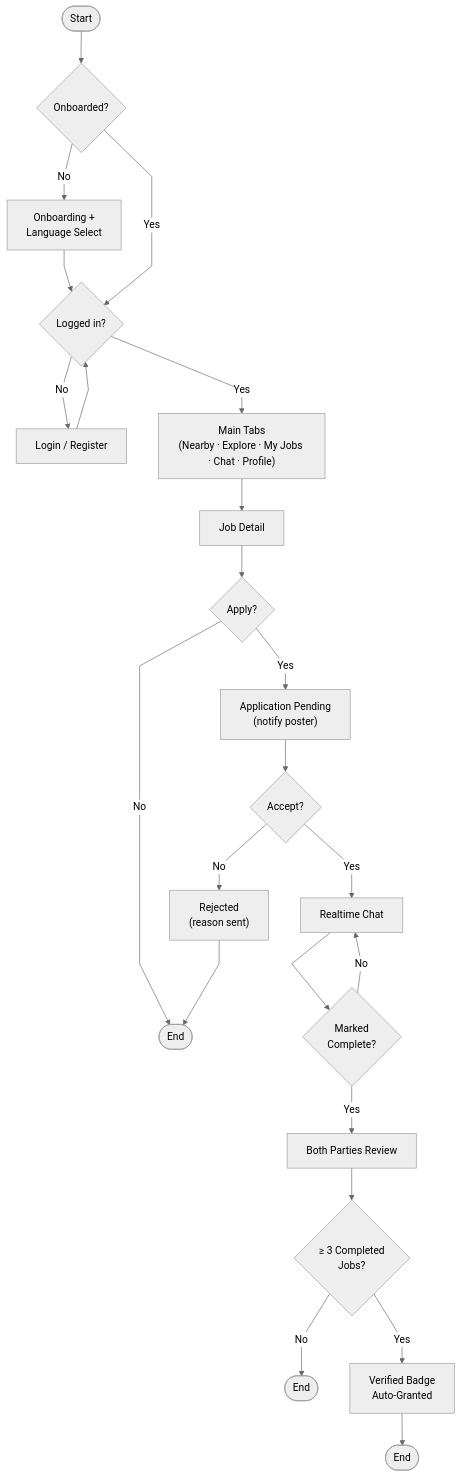
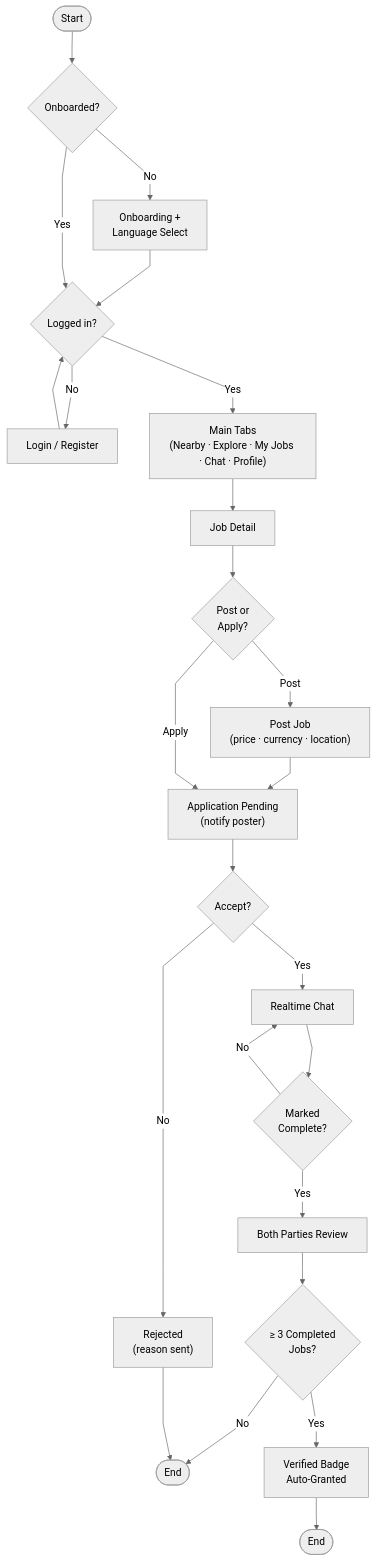
The first of 9 diagrams in DIAGRAMS.md (phyothant-dev/loc-jobs), drawn with Mermaid (neutral theme) before and after one commit. The commit also changed 1 other file, not shown here.

Commit message:
docs: add job post branch to the apply step in flowchart

````diff
--- a/DIAGRAMS.md
+++ b/DIAGRAMS.md
@@ -17,26 +17,27 @@
 ```mermaid
 %%{init: {"flowchart": {"curve": "linear"}}}%%
 flowchart TB
     Start(["Start"]) --> Onb{"Onboarded?"}
     Onb -- No --> Intro["Onboarding +<br/>Language Select"]
     Intro --> Auth{"Logged in?"}
     Onb -- Yes --> Auth
     Auth -- No --> Login["Login / Register"]
     Login --> Auth
     Auth -- Yes --> Tabs["Main Tabs<br/>(Nearby · Explore · My Jobs · Chat · Profile)"]
     Tabs --> Detail["Job Detail"]
-    Detail --> Apply{"Apply?"}
-    Apply -- No --> End1(["End"])
-    Apply -- Yes --> Pending["Application Pending<br/>(notify poster)"]
+    Detail --> Post{"Post or<br/>Apply?"}
+    Post -- Post --> PostJob["Post Job<br/>(price · currency · location)"]
+    PostJob --> Pending["Application Pending<br/>(notify poster)"]
+    Post -- Apply --> Pending
     Pending --> Decide{"Accept?"}
     Decide -- No --> Reject["Rejected<br/>(reason sent)"]
     Decide -- Yes --> Chat["Realtime Chat"]
     Chat --> Comp{"Marked<br/>Complete?"}
     Comp -- No --> Chat
     Comp -- Yes --> Review["Both Parties Review"]
     Review --> Badge{"≥ 3 Completed<br/>Jobs?"}
-    Badge -- No --> End2(["End"])
+    Badge -- No --> End1(["End"])
     Badge -- Yes --> Verified["Verified Badge<br/>Auto-Granted"]
-    Verified --> End3(["End"])
+    Verified --> End2(["End"])
     Reject --> End1
 ```
````
